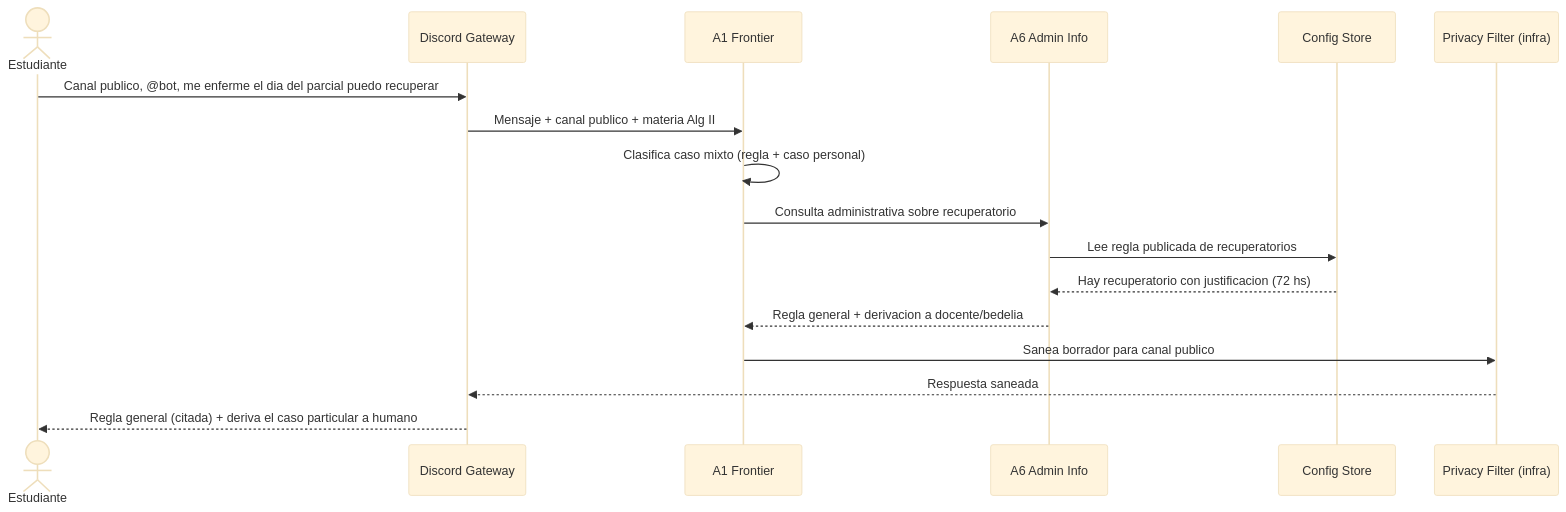
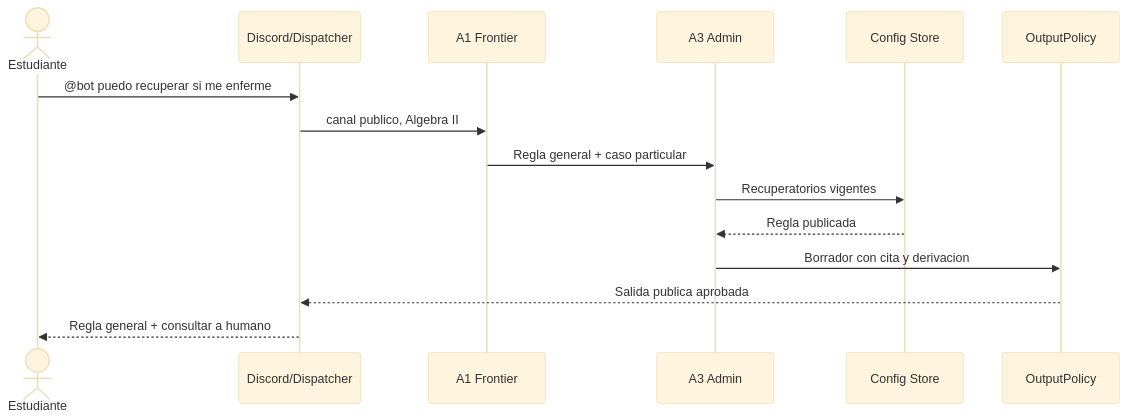
One commit to berni-245/SMA-Discord-bot changed the second of 4 diagrams in spec/06-escenarios-y-trazabilidad.md. Above: the diagram before and after it, drawn with Mermaid (base theme). The commit also changed other lines of this file and 30 other files, not shown here.

````diff
--- a/spec/06-escenarios-y-trazabilidad.md
+++ b/spec/06-escenarios-y-trazabilidad.md
@@ -80,20 +45,17 @@
 ```mermaid
 sequenceDiagram
     actor E as Estudiante
-    participant D as Discord Gateway
+    participant D as Discord/Dispatcher
     participant A1 as A1 Frontier
-    participant A6 as A6 Admin Info
-    participant CS as Config Store
-    participant PF as Privacy Filter (infra)
-
-    E->>D: Canal publico, @bot, me enferme el dia del parcial puedo recuperar
-    D->>A1: Mensaje + canal publico + materia Alg II
-    A1->>A1: Clasifica caso mixto (regla + caso personal)
-    A1->>A6: Consulta administrativa sobre recuperatorio
-    A6->>CS: Lee regla publicada de recuperatorios
-    CS-->>A6: Hay recuperatorio con justificacion (72 hs)
-    A6-->>A1: Regla general + derivacion a docente/bedelia
-    A1->>PF: Sanea borrador para canal publico
-    PF-->>D: Respuesta saneada
-    D-->>E: Regla general (citada) + deriva el caso particular a humano
+    participant A3 as A3 Admin
+    participant C as Config Store
+    participant OP as OutputPolicy
+    E->>D: @bot puedo recuperar si me enferme
+    D->>A1: canal publico, Algebra II
+    A1->>A3: Regla general + caso particular
+    A3->>C: Recuperatorios vigentes
+    C-->>A3: Regla publicada
+    A3->>OP: Borrador con cita y derivacion
+    OP-->>D: Salida publica aprobada
+    D-->>E: Regla general + consultar a humano
 ```
````
